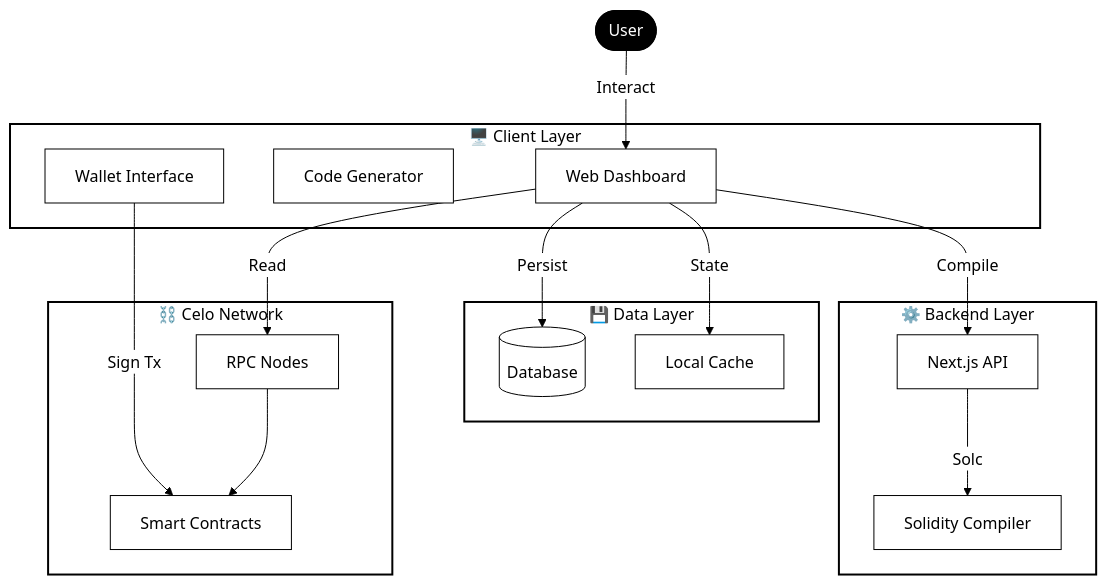
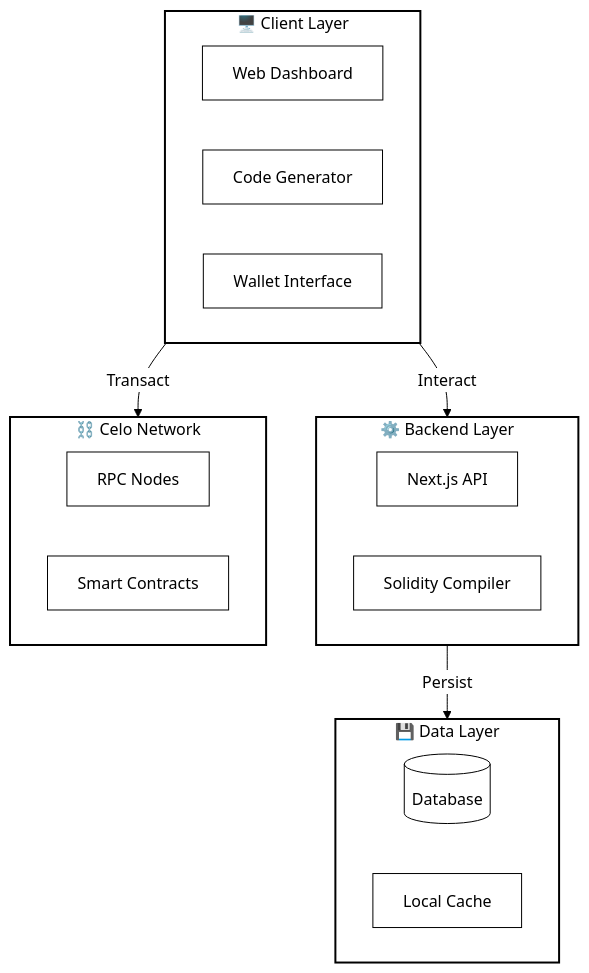
The second of 2 diagrams in README.md (ROHIT8759/Low_-_No_Code_Platform_on_CELO), drawn with Mermaid before and after one commit. The commit also changed other lines of this file and 1 other file, not shown here.

Commit message:
feat: Extract detailed architecture, security, and data flow documentation from README into a new ARCHITECTURE.md.

````diff
--- a/README.md
+++ b/README.md
@@ -222,39 +226,33 @@
 ```mermaid
 %%{init: {'theme':'base', 'themeVariables': {'primaryColor':'#fff','primaryTextColor':'#000','primaryBorderColor':'#000','lineColor':'#000','secondaryColor':'#fff','tertiaryColor':'#fff'}}}%%
 graph TD
     subgraph Client["🖥️ Client Layer"]
         UI[Web Dashboard]
         Gen[Code Generator]
         Wallet[Wallet Interface]
     end
 
     subgraph Server["⚙️ Backend Layer"]
         API[Next.js API]
         Compiler[Solidity Compiler]
     end
 
     subgraph Data["💾 Data Layer"]
         DB[(Database)]
         Cache[Local Cache]
     end
 
     subgraph Blockchain["⛓️ Celo Network"]
         RPC[RPC Nodes]
         SC[Smart Contracts]
     end
 
-    User([User]) -->|Interact| UI
-    UI -->|State| Cache
-    UI -->|Persist| DB
-    UI -->|Compile| API
-    API -->|Solc| Compiler
-    Wallet -->|Sign Tx| SC
-    UI -->|Read| RPC
-    RPC --> SC
+    Client -->|Interact| Server
+    Server -->|Persist| Data
+    Client -->|Transact| Blockchain
     
     style Client fill:#fff,stroke:#000,stroke-width:2px
     style Server fill:#fff,stroke:#000,stroke-width:2px
     style Data fill:#fff,stroke:#000,stroke-width:2px
     style Blockchain fill:#fff,stroke:#000,stroke-width:2px
-    style User fill:#000,stroke:#000,stroke-width:2px,color:#fff
 ```
````
